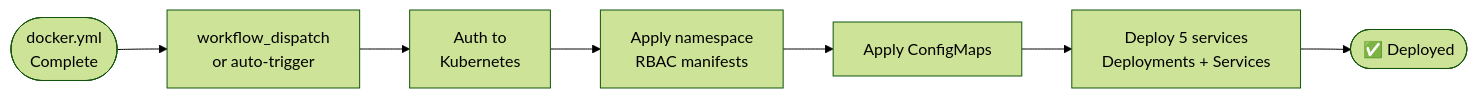
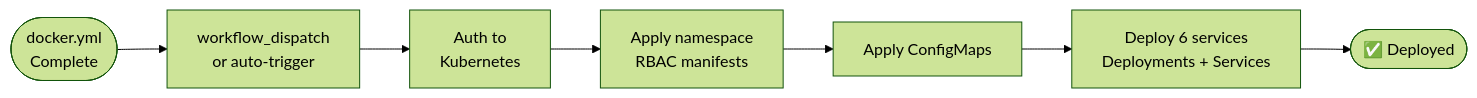
One commit to KhaledAwashreh/ecommerce-microservices-platform changed the fourth of 4 diagrams in README.md. Above: the diagram before and after it, drawn with Mermaid (forest theme). The commit also changed other lines of this file, not shown here.

````diff
--- a/README.md
+++ b/README.md
@@ -451,9 +471,9 @@
 ```mermaid
 flowchart LR
     A(["docker.yml\nComplete"]) --> B["workflow_dispatch\nor auto-trigger"]
     B --> C["Auth to\nKubernetes"]
     C --> D["Apply namespace<br/>RBAC manifests"]
     D --> E["Apply ConfigMaps"]
-    E --> F["Deploy 5 services<br/>Deployments + Services"]
+    E --> F["Deploy 6 services<br/>Deployments + Services"]
     F --> G(["✅ Deployed"])
 ```
````
